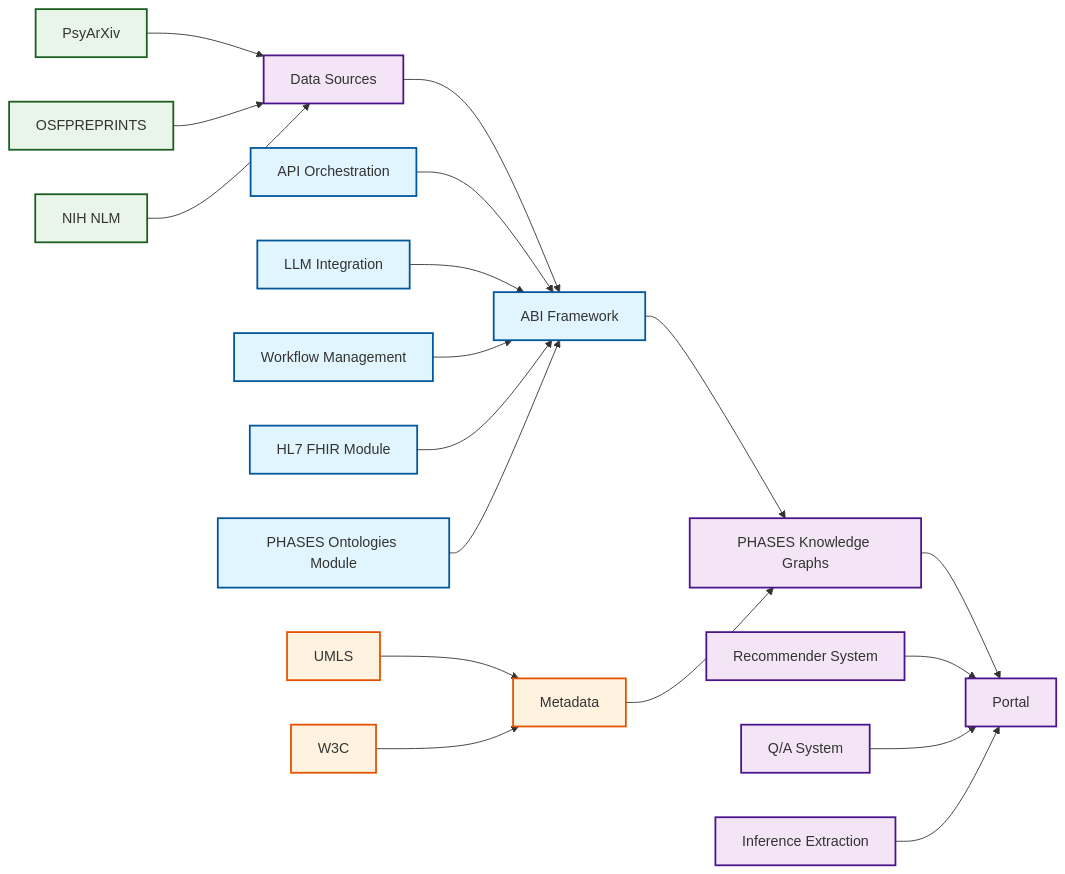
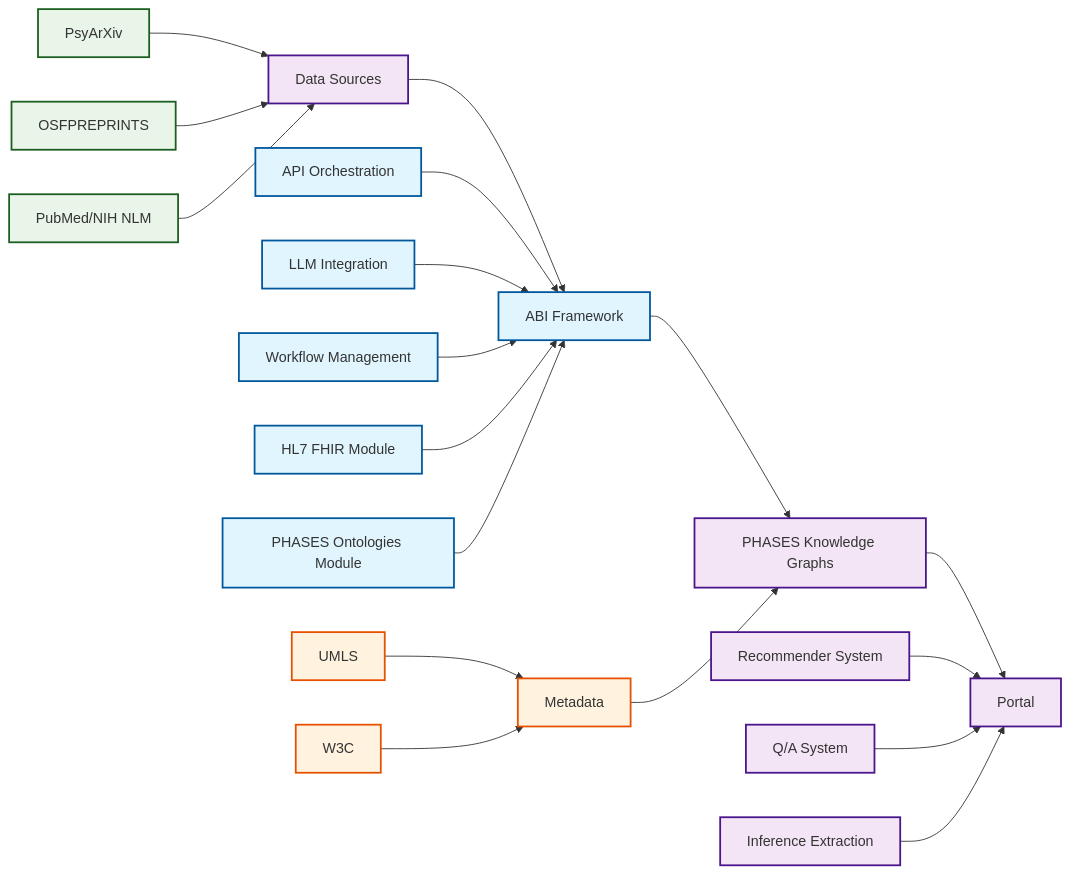
One commit to NCOR-Organization/HealthyPhases changed the fourth of 4 diagrams in docs/resources/portal-development.md. Above: the diagram before and after it, drawn with Mermaid. The commit also changed other lines of this file, not shown here.

````diff
--- a/docs/resources/portal-development.md
+++ b/docs/resources/portal-development.md
@@ -177,35 +173,35 @@
 ```mermaid
 flowchart LR
     A[Data Sources] --> B[ABI Framework]
     B --> C[PHASES Knowledge Graphs]
     C --> D[Portal]
     
     E[Metadata] --> C
     
     A1[PsyArXiv] --> A
     A2[OSFPREPRINTS] --> A
-    A3[NIH NLM] --> A
+    A3[PubMed/NIH NLM] --> A
     
     B1[API Orchestration] --> B
     B2[LLM Integration] --> B
     B3[Workflow Management] --> B
     B4[HL7 FHIR Module] --> B
     B5[PHASES Ontologies Module] --> B
     
     E1[UMLS] --> E
     E2[W3C] --> E
     
     D1[Recommender System] --> D
     D2[Q/A System] --> D
     D3[Inference Extraction] --> D
     
     classDef planned fill:#f3e5f5,stroke:#4a148c,stroke-width:2px
     classDef data fill:#e8f5e8,stroke:#1b5e20,stroke-width:2px
     classDef metadata fill:#fff3e0,stroke:#e65100,stroke-width:2px
     classDef abi fill:#e1f5fe,stroke:#01579b,stroke-width:2px
     
     class A,C,D,D1,D2,D3 planned
     class A1,A2,A3 data
     class E,E1,E2 metadata
     class B,B1,B2,B3,B4,B5 abi
 ```
````
